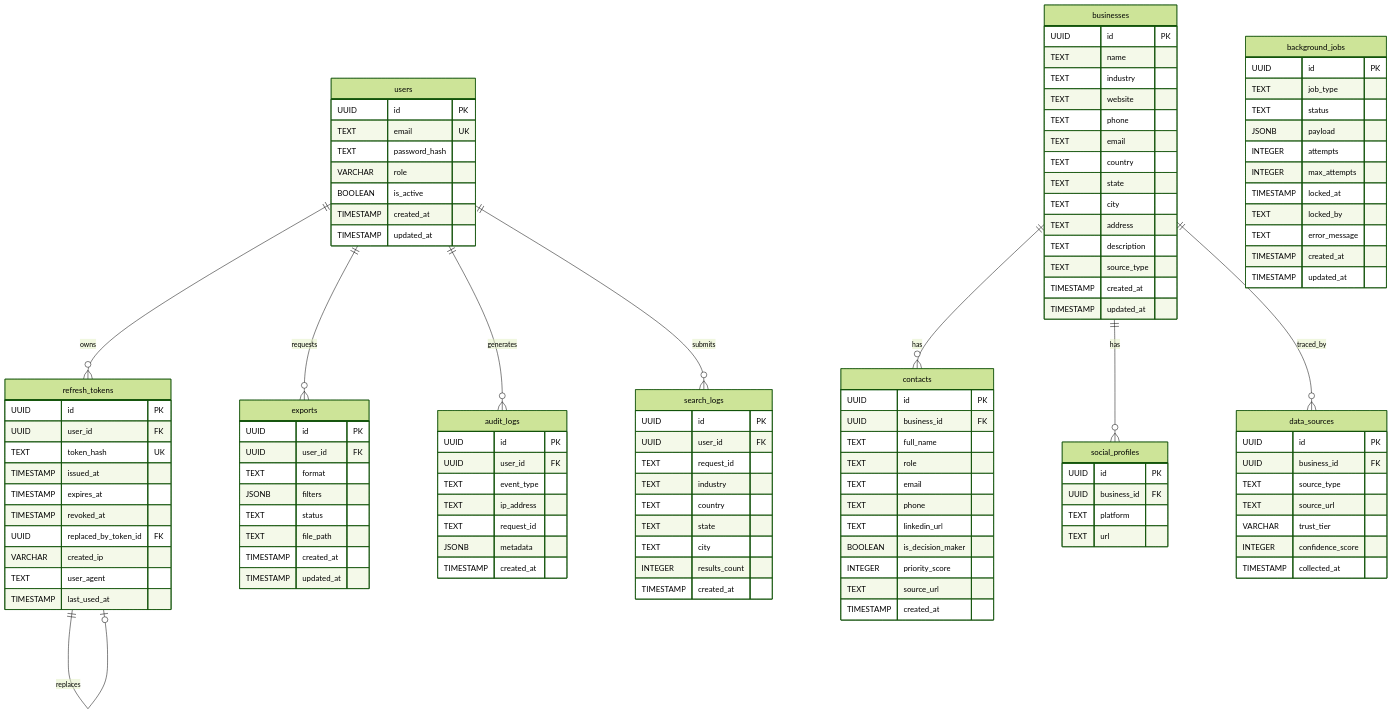
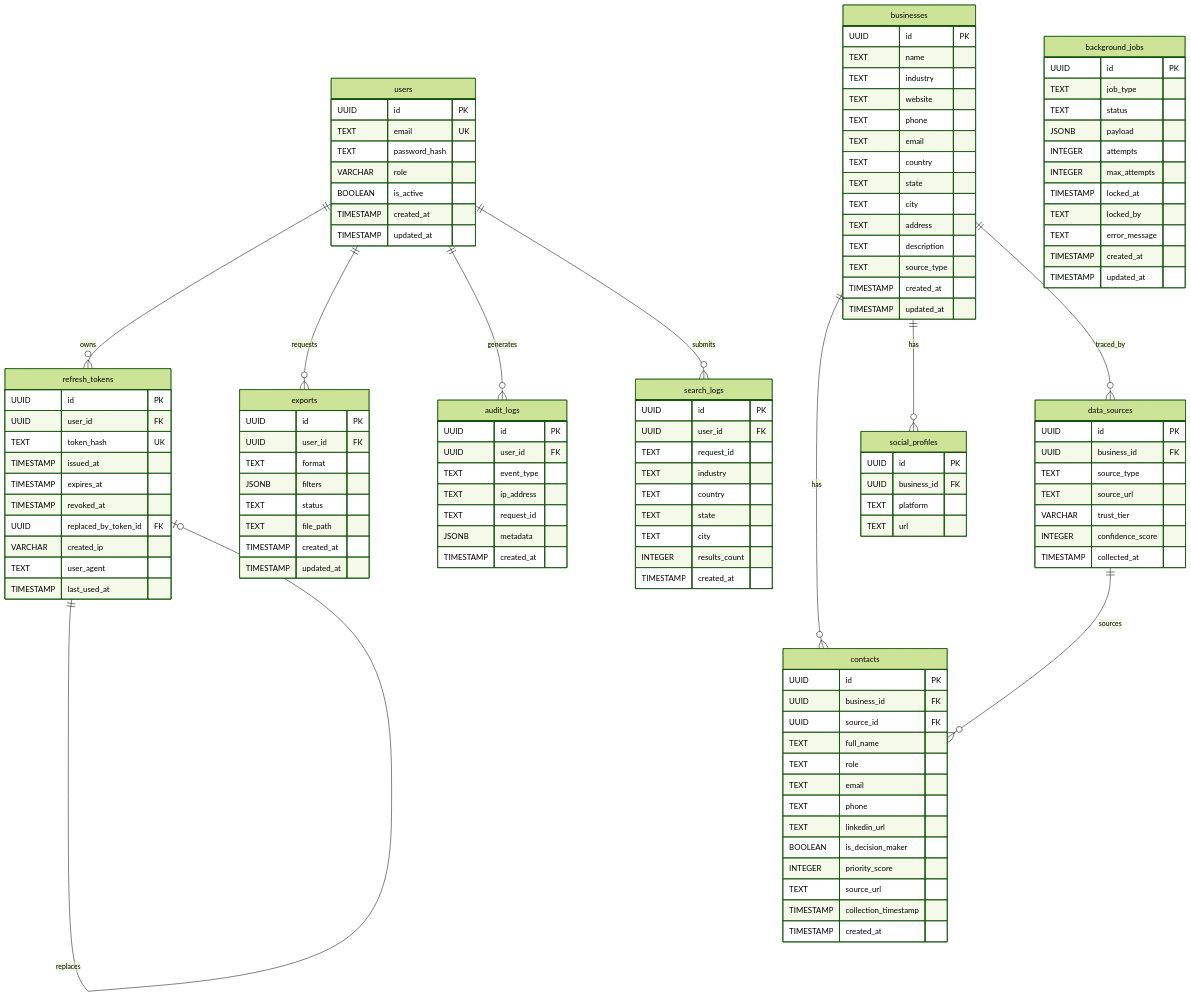
One commit to eazyman92/Lead-generator-app changed the diagram in docs/database-erd.md. Above: the diagram before and after it, drawn with Mermaid (forest theme). The commit also changed other lines of this file and 25 other files, not shown here.

```diff
--- a/docs/database-erd.md
+++ b/docs/database-erd.md
@@ -23,6 +26,7 @@
     businesses ||--o{ contacts : has
     businesses ||--o{ social_profiles : has
     businesses ||--o{ data_sources : traced_by
+    data_sources ||--o{ contacts : sources
 
     users {
         UUID id PK
@@ -67,6 +71,7 @@
     contacts {
         UUID id PK
         UUID business_id FK
+        UUID source_id FK
         TEXT full_name
         TEXT role
         TEXT email
@@ -75,6 +80,7 @@
         BOOLEAN is_decision_maker
         INTEGER priority_score
         TEXT source_url
+        TIMESTAMP collection_timestamp
         TIMESTAMP created_at
     }
 
```
